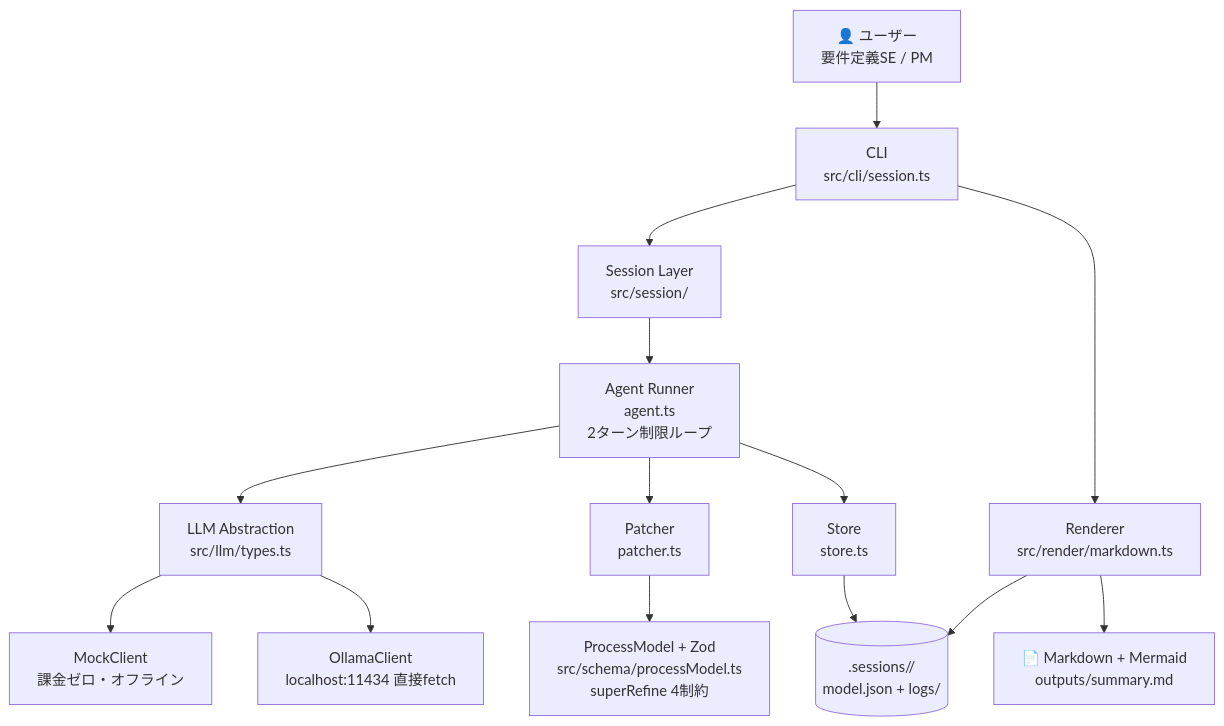
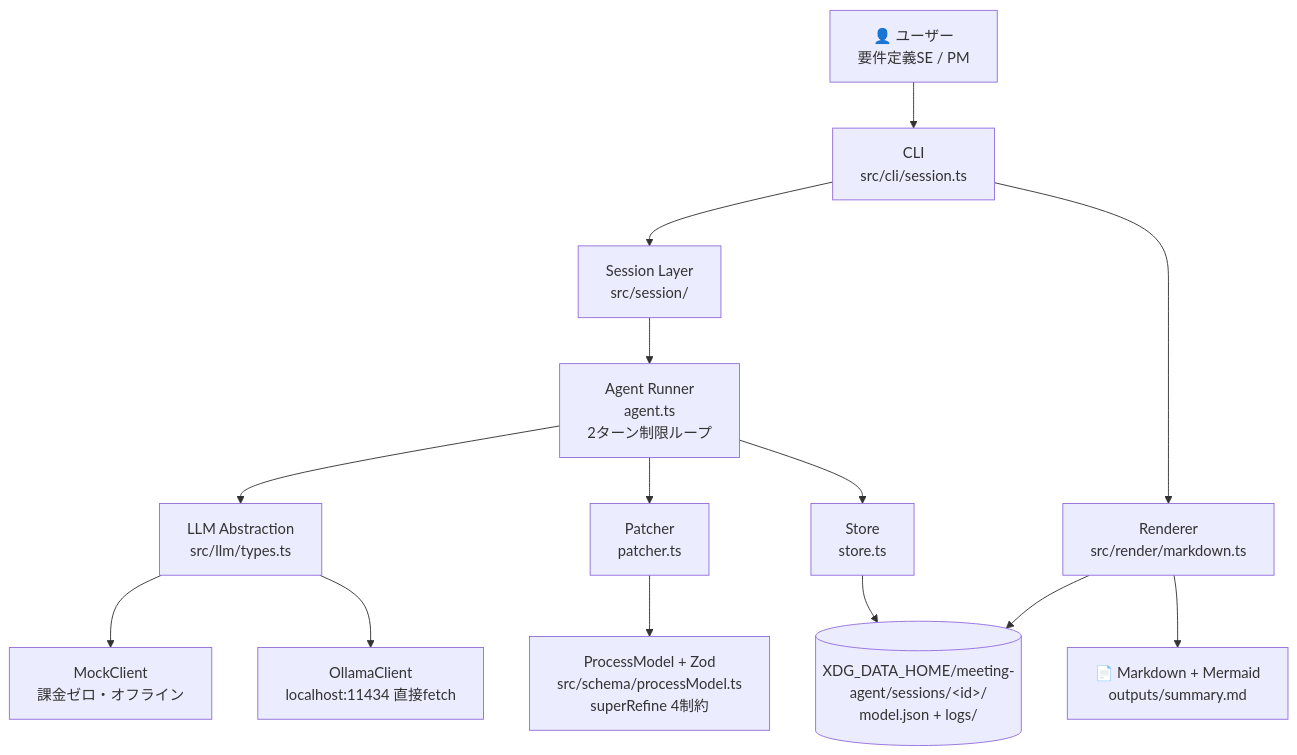
The diagram in README.md (taro8623/meeting-agent), drawn with Mermaid before and after one commit. The commit also changed other lines of this file and 2 other files, not shown here.

First line of the commit message:
feat: XDG Base Directory Specification 対応

````diff
--- a/README.md
+++ b/README.md
@@ -131,30 +131,30 @@
 ```mermaid
 flowchart TD
     User[👤 ユーザー<br/>要件定義SE / PM]
     CLI[CLI<br/>src/cli/session.ts]
     Session[Session Layer<br/>src/session/]
     Agent[Agent Runner<br/>agent.ts<br/>2ターン制限ループ]
     Patcher[Patcher<br/>patcher.ts]
     Store[Store<br/>store.ts]
     LLMClient[LLM Abstraction<br/>src/llm/types.ts]
     Mock[MockClient<br/>課金ゼロ・オフライン]
     Ollama[OllamaClient<br/>localhost:11434 直接fetch]
     Schema[ProcessModel + Zod<br/>src/schema/processModel.ts<br/>superRefine 4制約]
-    Files[(.sessions/<id>/<br/>model.json + logs/)]
+    Files[(XDG_DATA_HOME/meeting-agent/sessions/&lt;id&gt;/<br/>model.json + logs/)]
     Render[Renderer<br/>src/render/markdown.ts]
     Output[📄 Markdown + Mermaid<br/>outputs/summary.md]
 
     User --> CLI
     CLI --> Session
     Session --> Agent
     Agent --> LLMClient
     LLMClient --> Mock
     LLMClient --> Ollama
     Agent --> Patcher
     Patcher --> Schema
     Agent --> Store
     Store --> Files
     CLI --> Render
     Render --> Files
     Render --> Output
 ```
````
